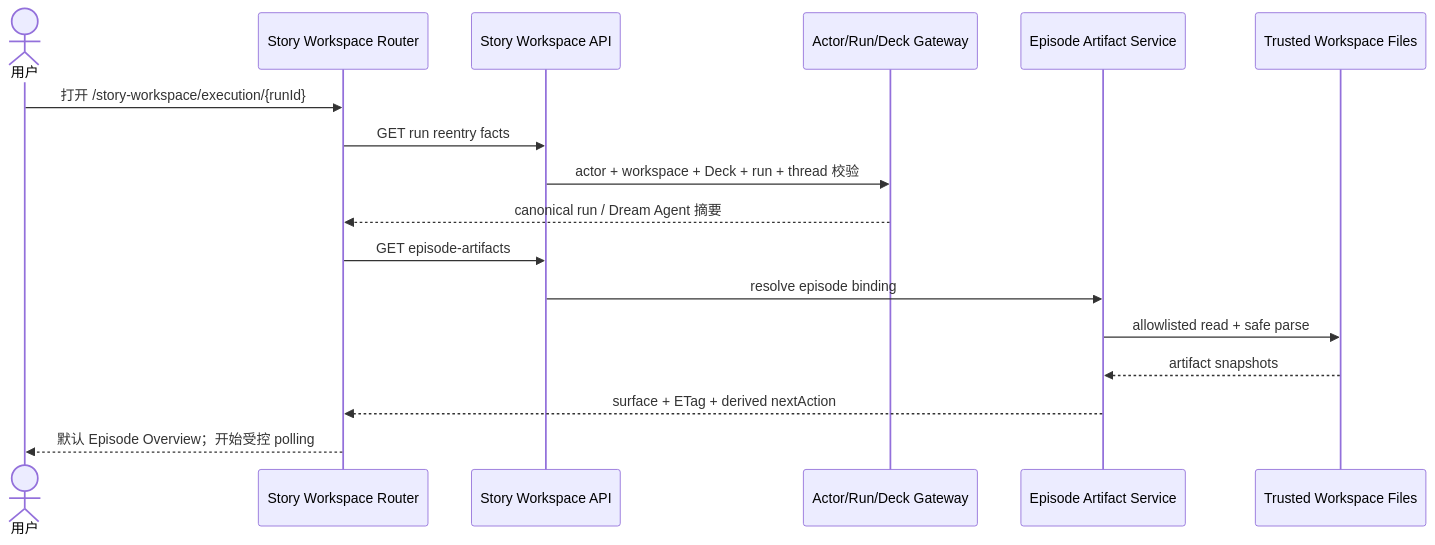
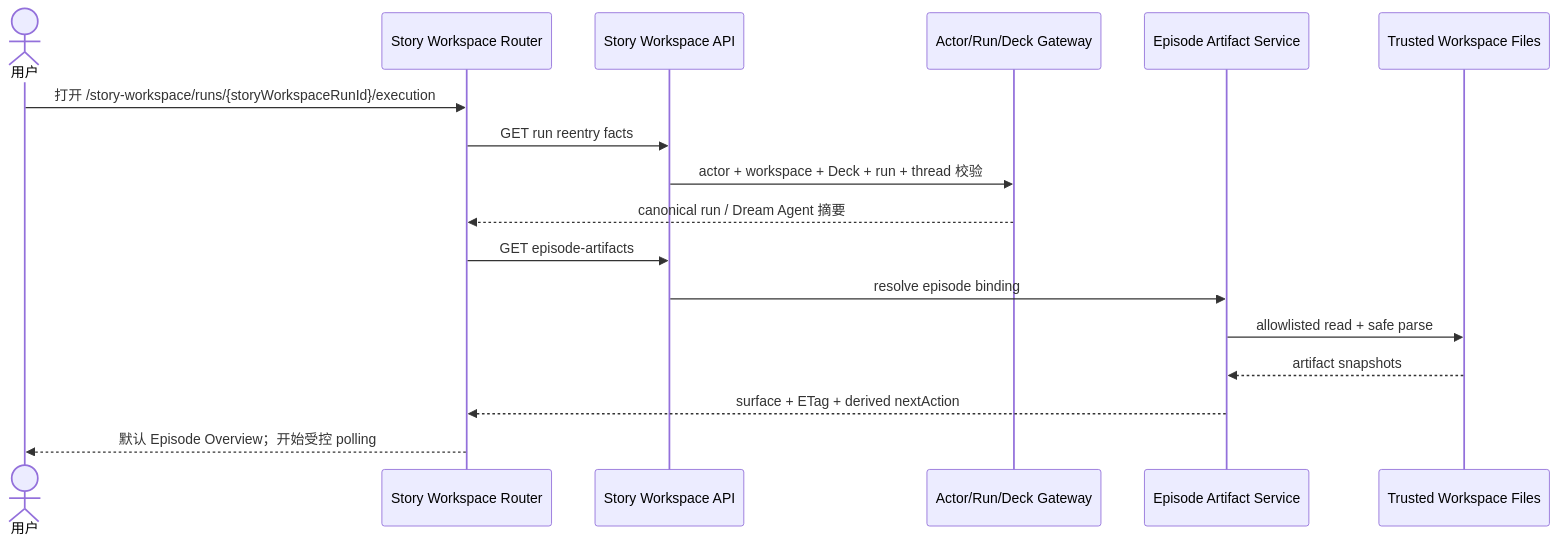
The fifth of 9 diagrams in docs/design/story-workspace/design_009_drama-forge-first-episode-storyline-storyboard-workbench.md (glide-the/im-dream), drawn with Mermaid before and after one commit. The commit also changed other lines of this file and 3 other files, not shown here.

Commit message:
docs(story-workspace): record first episode delivery

````diff
--- a/docs/design/story-workspace/design_009_drama-forge-first-episode-storyline-storyboard-workbench.md
+++ b/docs/design/story-workspace/design_009_drama-forge-first-episode-storyline-storyboard-workbench.md
@@ -454,19 +543,19 @@
 ```mermaid
 sequenceDiagram
     actor U as 用户
     participant R as Story Workspace Router
     participant API as Story Workspace API
     participant G as Actor/Run/Deck Gateway
     participant E as Episode Artifact Service
     participant FS as Trusted Workspace Files
-    U->>R: 打开 /story-workspace/execution/{runId}
+    U->>R: 打开 /story-workspace/runs/{storyWorkspaceRunId}/execution
     R->>API: GET run reentry facts
     API->>G: actor + workspace + Deck + run + thread 校验
     G-->>R: canonical run / Dream Agent 摘要
     R->>API: GET episode-artifacts
     API->>E: resolve episode binding
     E->>FS: allowlisted read + safe parse
     FS-->>E: artifact snapshots
     E-->>R: surface + ETag + derived nextAction
     R-->>U: 默认 Episode Overview；开始受控 polling
 ```
````
